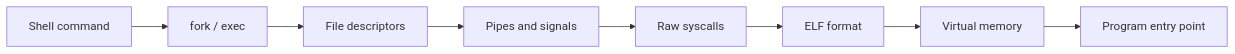
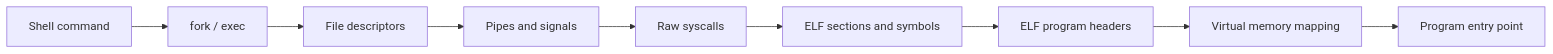
One commit to mohamedtah22/embedded-systems-runtime changed the diagram in README.md. Above: the diagram before and after it, drawn with Mermaid. The commit also changed other lines of this file, not shown here.

Commit message:
Add pipeline and ELF object-format material

````diff
--- a/README.md
+++ b/README.md
@@ -108,10 +126,11 @@
 ```mermaid
 flowchart LR
     A[Shell command] --> B[fork / exec]
     B --> C[File descriptors]
     C --> D[Pipes and signals]
     D --> E[Raw syscalls]
-    E --> F[ELF format]
-    F --> G[Virtual memory]
-    G --> H[Program entry point]
+    E --> F[ELF sections and symbols]
+    F --> G[ELF program headers]
+    G --> H[Virtual memory mapping]
+    H --> I[Program entry point]
 ```
````
